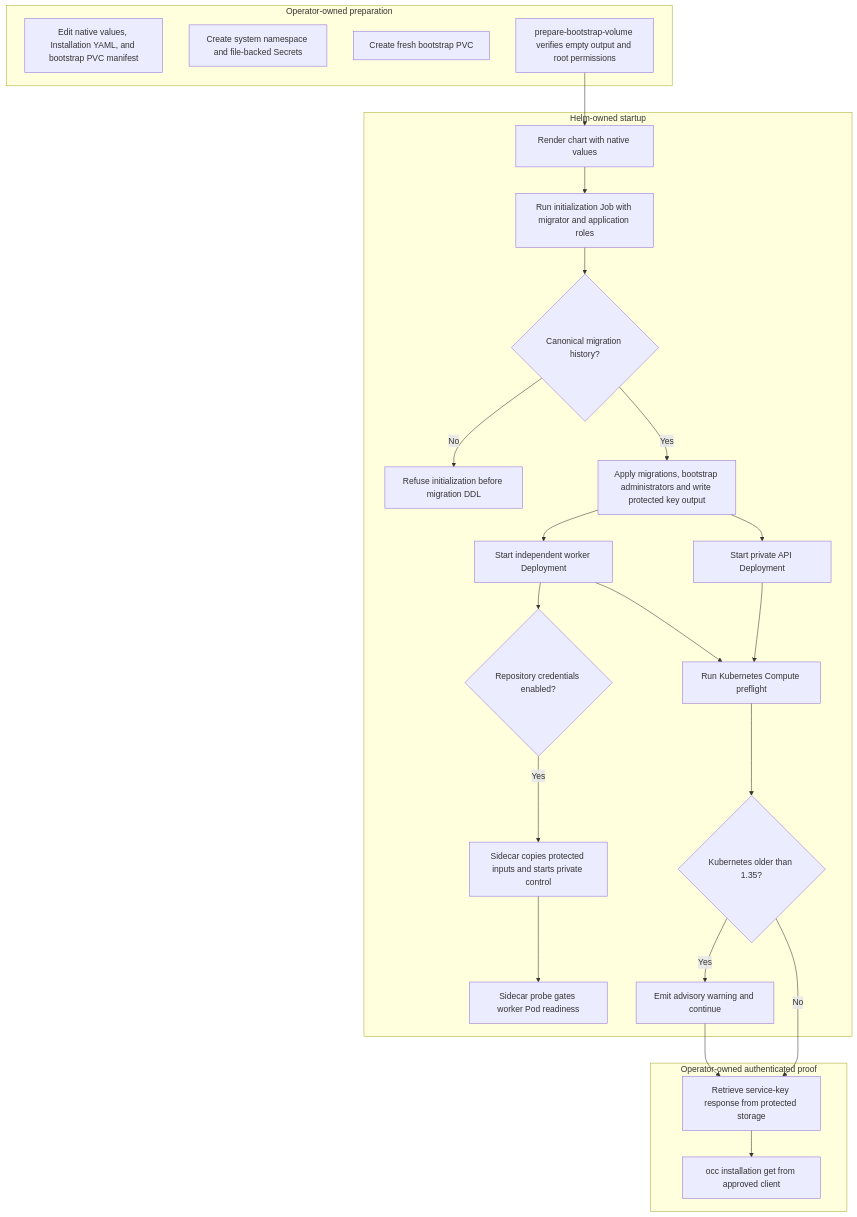
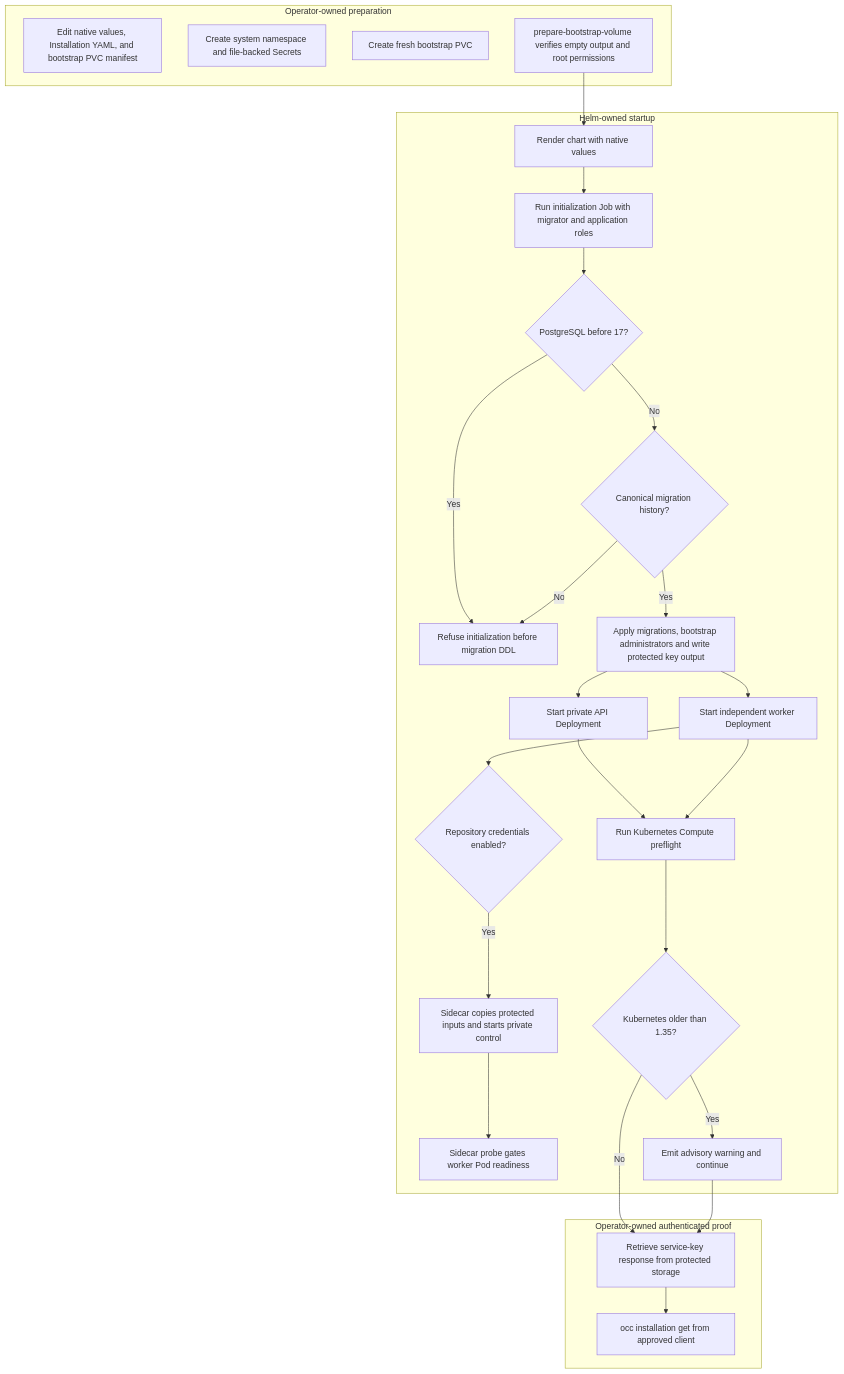
The diagram in docs/flows/production-startup.md (openclaw/openclaw-enterprise), drawn with Mermaid before and after one commit. The commit also changed other lines of this file and 7 other files, not shown here.

First line of the commit message:
fix(postgres): diagnose incompatible migration servers before installation (#4451)

````diff
--- a/docs/flows/production-startup.md
+++ b/docs/flows/production-startup.md
@@ -34,30 +34,32 @@
 ```mermaid
 graph TD
     subgraph Operator["Operator-owned preparation"]
         A["Edit native values, Installation YAML, and bootstrap PVC manifest"]
         B["Create system namespace and file-backed Secrets"]
         C["Create fresh bootstrap PVC"]
         D["prepare-bootstrap-volume verifies empty output and root permissions"]
     end
     subgraph Helm["Helm-owned startup"]
         D --> E["Render chart with native values"]
         E --> F["Run initialization Job with migrator and application roles"]
-        F --> O{"Canonical migration history?"}
-        O -->|No| P["Refuse initialization before migration DDL"]
+        F --> V{"PostgreSQL before 17?"}
+        V -->|Yes| P["Refuse initialization before migration DDL"]
+        V -->|No| O{"Canonical migration history?"}
+        O -->|No| P
         O -->|Yes| G["Apply migrations, bootstrap administrators and write protected key output"]
         G --> H["Start private API Deployment"]
         G --> I["Start independent worker Deployment"]
         I --> R{"Repository credentials enabled?"}
         R -->|Yes| S["Sidecar copies protected inputs and starts private control"]
         S --> Q["Sidecar probe gates worker Pod readiness"]
         H --> L["Run Kubernetes Compute preflight"]
         I --> L
         L --> M{"Kubernetes older than 1.35?"}
         M -->|Yes| N["Emit advisory warning and continue"]
     end
     subgraph Proof["Operator-owned authenticated proof"]
         M -->|No| J["Retrieve service-key response from protected storage"]
         N --> J
         J --> K["occ installation get from approved client"]
     end
 ```
````
